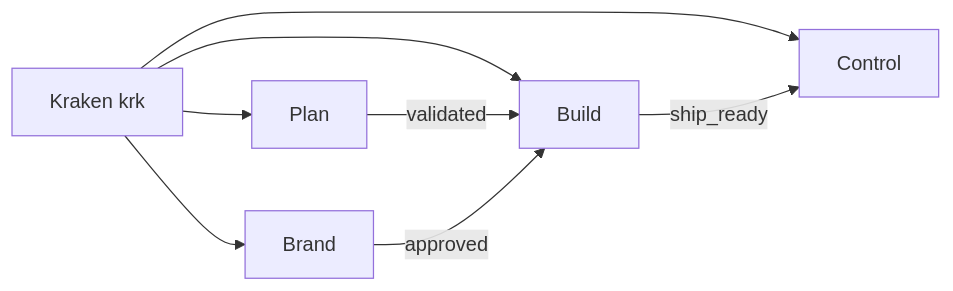
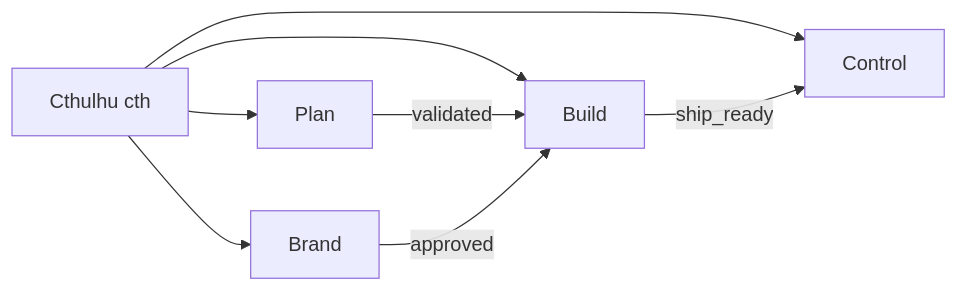
The first of 2 diagrams in docs/runtime-controller.md (luckgrid/wfos), drawn with Mermaid before and after one commit. The commit also changed other lines of this file and 264 other files, not shown here.

````diff
--- a/docs/runtime-controller.md
+++ b/docs/runtime-controller.md
@@ -52,10 +60,10 @@
 ```mermaid
 flowchart LR
-  K[Kraken krk] --> PlanNs[Plan]
+  K[Cthulhu cth] --> PlanNs[Plan]
   K --> BrandNs[Brand]
   K --> BuildNs[Build]
   K --> ControlNs[Control]
   PlanNs -->|validated| BuildNs
   BrandNs -->|approved| BuildNs
   BuildNs -->|ship_ready| ControlNs
 ```
````
